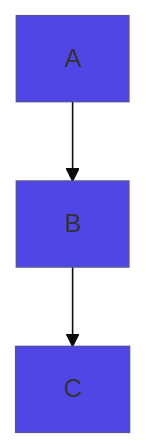
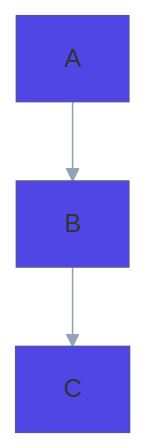
The sixth of 6 diagrams in packages/skills-catalog/skills/(tooling)/mermaid-studio/references/themes.md (RolfLobo/agent-skills), drawn with Mermaid before and after one commit. The commit also changed other lines of this file, not shown here.

Commit message:
docs: enhance themes.md with new AWS and Indigo-Emerald themes, update C4 diagram styling guidelines, and emphasize soft line usage

````diff
--- a/packages/skills-catalog/skills/(tooling)/mermaid-studio/references/themes.md
+++ b/packages/skills-catalog/skills/(tooling)/mermaid-studio/references/themes.md
@@ -284,12 +360,13 @@
 ```mermaid
 ---
 config:
   theme: base
   look: classic
   layout: dagre
   themeVariables:
     primaryColor: "#4f46e5"
+    lineColor: "#94a3b8"
 ---
 flowchart TD
     A --> B --> C
 ```
````
